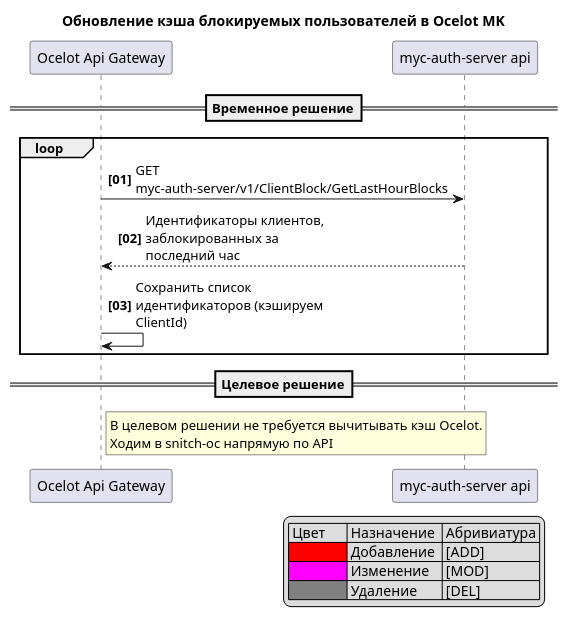
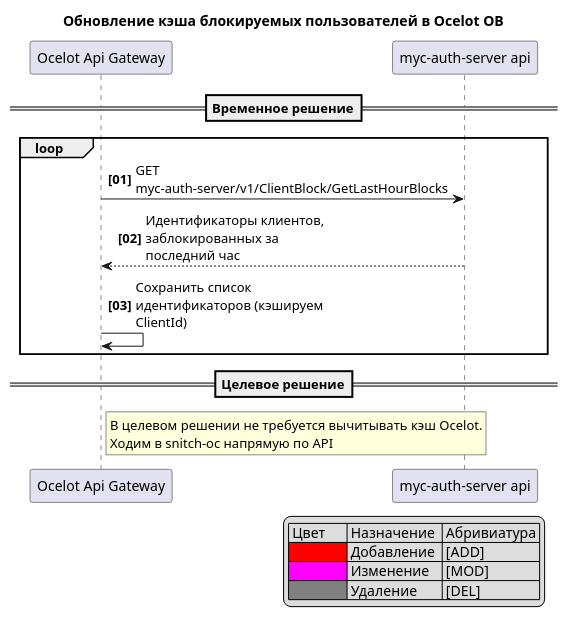
One commit to ParHandler/docopsrepo changed the diagram in docs/OB-18572-FL/files/FL_05.puml. Above: the diagram before and after it, drawn with PlantUML. The commit also changed 3 other files, not shown here.

```diff
--- a/docs/OB-18572-FL/files/FL_05.puml
+++ b/docs/OB-18572-FL/files/FL_05.puml
@@ -2,43 +2,43 @@
 @startuml
 autonumber "<b>[00]"
 skinparam maxMessageSize 200
 hide unlinked
 
 participant "UFO" as UFO
 participant "SmartData" as SmartData
 participant "Intellinx (Antifraud System)" as Intellinx
 box "Kafka"
     participant "<color:red>**[NEW]**</color> ufo-queuing-forceLogoutBlock" as          KafkaUFOBlock
     participant "<color:red>**[NEW]**</color> ufo-queuing-forceLogoutUnblock" as        KafkaUFOUnblock
     participant "<color:red>**[NEW]**</color> intellinx-queuing-updateStopList" as      KafkaIntellinx
     participant "<color:red>**[NEW]**</color> smartdata-events-forceLogout" as          KafkaSmartData
     participant "<color:red>**[NEW]**</color> netflix-events-forceLogout" as            KafkaNetflix
     participant "<color:red>**[NEW]**</color> snitchOff_queuing_blackListChecks" as     KafkaSnitchOff
 end box
 participant "MS Checker" as             Checker
 participant "Snitch Back" as            Snitch
 participant "Netflix Conductor" as      Netflix
 participant "SMS-Gate" as               smsgate
 actor "Bank Client" as                  client
 participant "Ocelot Api Gateway" as     ocelot
 participant "myc-auth-server api" as    api
 
-title Обновление кэша блокируемых пользователей в Ocelot MK
+title Обновление кэша блокируемых пользователей в Ocelot OB
 ==Временное решение==
 loop
     ocelot -> api: GET myc-auth-server/v1/ClientBlock/GetLastHourBlocks
     ocelot <-- api: Идентификаторы клиентов, заблокированных за последний час
     ocelot -> ocelot: Сохранить список идентификаторов (кэшируем ClientId)
 end
 ==Целевое решение==
 rnote right ocelot
 В целевом решении не требуется вычитывать кэш Ocelot.
 Ходим в snitch-oc напрямую по API
 end note
 legend right
     | Цвет      | Назначение  | Абривиатура |
     |<#Red>     | Добавление  | [ADD]       |
     |<#magenta> | Изменение   | [MOD]       |
     |<#gray>    | Удаление    | [DEL]       |
 endlegend
 @enduml
```
